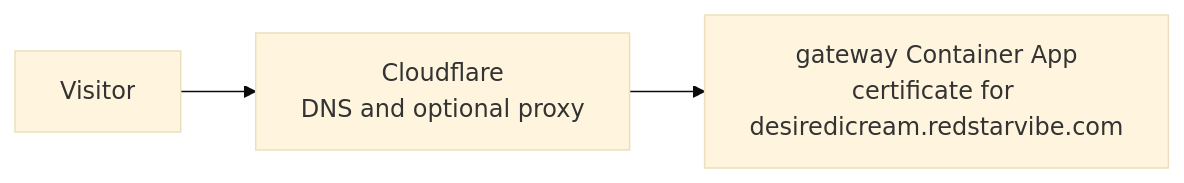
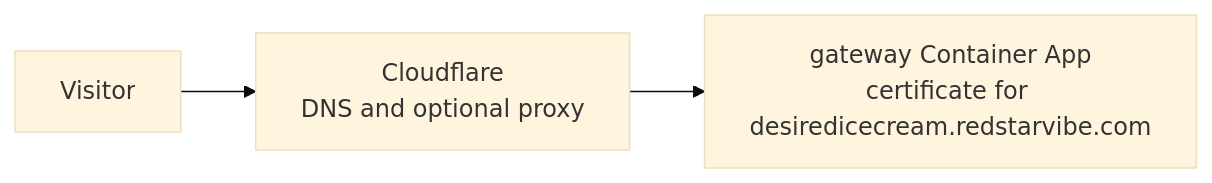
One commit to aarvitechai/IceCreem changed the eighth of 10 diagrams in docs/deploy-azure.md. Above: the diagram before and after it, drawn with Mermaid (base theme). The commit also changed other lines of this file and 1 other file, not shown here.

Commit message:
chore(domain): move site to desiredicecream.redstarvibe.com

````diff
--- a/docs/deploy-azure.md
+++ b/docs/deploy-azure.md
@@ -602,5 +602,5 @@
 ```mermaid
 flowchart LR
     V["Visitor"] --> CF["Cloudflare<br/>DNS and optional proxy"]
-    CF --> GW["gateway Container App<br/>certificate for desiredicream.redstarvibe.com"]
+    CF --> GW["gateway Container App<br/>certificate for desiredicecream.redstarvibe.com"]
 ```
````
